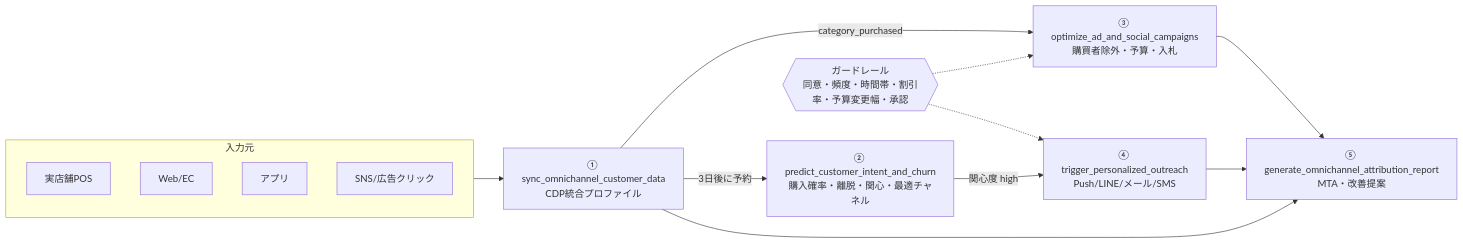
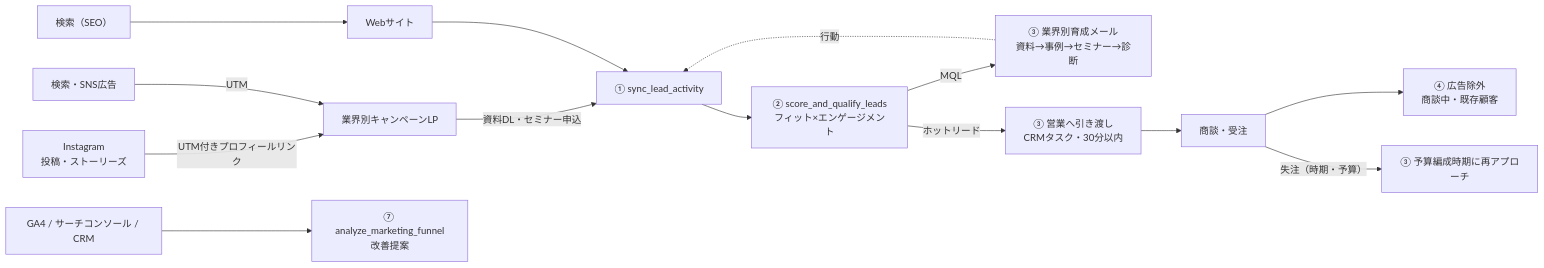
One commit to m-nakajima-2827-a11y/bookish-barnacle changed the diagram in README.md. Above: the diagram before and after it, drawn with Mermaid. The commit also changed other lines of this file and 69 other files, not shown here.

````diff
--- a/README.md
+++ b/README.md
@@ -13,12 +31,16 @@
 ```mermaid
 flowchart LR
-  subgraph IN[入力元]
-    POS[実店舗POS] & WEB[Web/EC] & APP[アプリ] & SNS[SNS/広告クリック]
-  end
-  IN --> S1[① sync_omnichannel_customer_data<br/>CDP統合プロファイル]
-  S1 -- category_purchased --> S3[③ optimize_ad_and_social_campaigns<br/>購買者除外・予算・入札]
-  S1 -- 3日後に予約 --> S2[② predict_customer_intent_and_churn<br/>購入確率・離脱・関心・最適チャネル]
-  S2 -- 関心度 high --> S4[④ trigger_personalized_outreach<br/>Push/LINE/メール/SMS]
-  S1 & S3 & S4 --> S5[⑤ generate_omnichannel_attribution_report<br/>MTA・改善提案]
-  G{{ガードレール<br/>同意・頻度・時間帯・割引率・予算変更幅・承認}} -.-> S3 & S4
+  IG[Instagram<br/>投稿・ストーリーズ] -->|UTM付きプロフィールリンク| LP
+  AD[検索・SNS広告] -->|UTM| LP
+  SEO[検索（SEO）] --> WEB[Webサイト]
+  LP[業界別キャンペーンLP] -->|資料DL・セミナー申込| S1[① sync_lead_activity]
+  WEB --> S1
+  S1 --> S2[② score_and_qualify_leads<br/>フィット×エンゲージメント]
+  S2 -- MQL --> N[③ 業界別育成メール<br/>資料→事例→セミナー→診断]
+  N -.行動.-> S1
+  S2 -- ホットリード --> H[③ 営業へ引き渡し<br/>CRMタスク・30分以内]
+  H --> OPP[商談・受注]
+  OPP --> X[④ 広告除外<br/>商談中・既存顧客]
+  OPP -- 失注（時期・予算） --> R[③ 予算編成時期に再アプローチ]
+  GA[GA4 / サーチコンソール / CRM] --> F[⑦ analyze_marketing_funnel<br/>改善提案]
 ```
````
